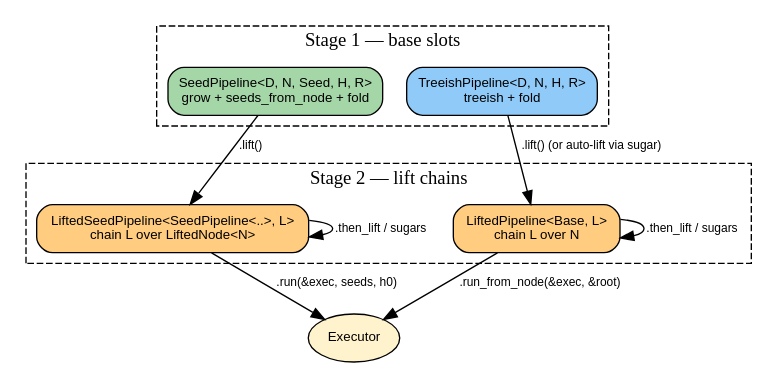
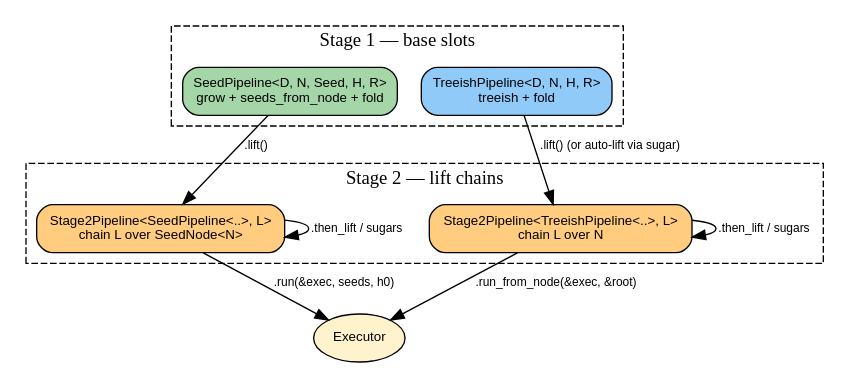
Before and after one commit to hylic-recursion/hylic-docs: the diagram in book/src/design/pipeline_transformability.md, drawn with Graphviz. The commit also changed other lines of this file and 12 other files, not shown here.

First line of the commit message:
book: update docs for seed-pipeline-unification

````diff
--- a/book/src/design/pipeline_transformability.md
+++ b/book/src/design/pipeline_transformability.md
@@ -20,29 +20,29 @@
 ```dot process
 digraph {
     rankdir=TB;
     node [shape=box, style="rounded,filled", fontname="sans-serif", fontsize=10];
     edge [fontname="sans-serif", fontsize=9];
 
     subgraph cluster_s1 {
         label="Stage 1 — base slots";
         style=dashed; color="#888";
         sp [label="SeedPipeline<D, N, Seed, H, R>\ngrow + seeds_from_node + fold", fillcolor="#a5d6a7"];
         tp [label="TreeishPipeline<D, N, H, R>\ntreeish + fold",                    fillcolor="#90caf9"];
     }
     subgraph cluster_s2 {
         label="Stage 2 — lift chains";
         style=dashed; color="#888";
-        lsp [label="LiftedSeedPipeline<SeedPipeline<..>, L>\nchain L over LiftedNode<N>", fillcolor="#ffcc80"];
-        lp  [label="LiftedPipeline<Base, L>\nchain L over N",                            fillcolor="#ffcc80"];
+        lsp [label="Stage2Pipeline<SeedPipeline<..>, L>\nchain L over SeedNode<N>", fillcolor="#ffcc80"];
+        lp  [label="Stage2Pipeline<TreeishPipeline<..>, L>\nchain L over N",       fillcolor="#ffcc80"];
     }
 
     sp -> lsp [label=".lift()"];
     tp -> lp  [label=".lift() (or auto-lift via sugar)"];
     lsp -> lsp [label=".then_lift / sugars"];
     lp  -> lp  [label=".then_lift / sugars"];
 
     exec [label="Executor", shape=ellipse, fillcolor="#fff3cd"];
     lsp -> exec [label=".run(&exec, seeds, h0)"];
     lp  -> exec [label=".run_from_node(&exec, &root)"];
 }
 ```
````
